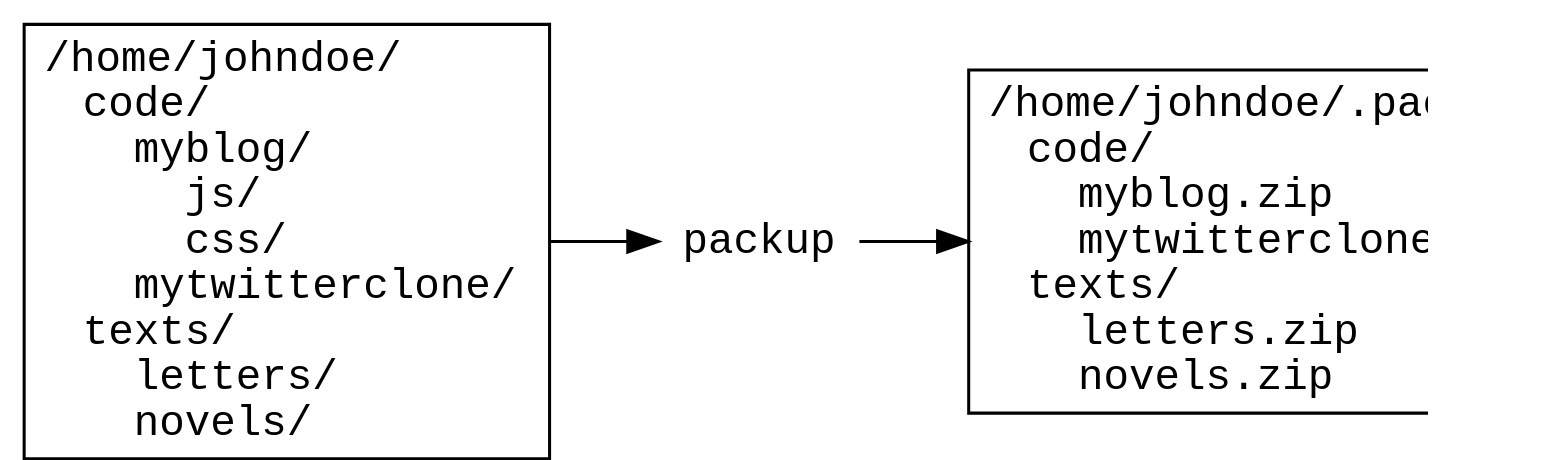
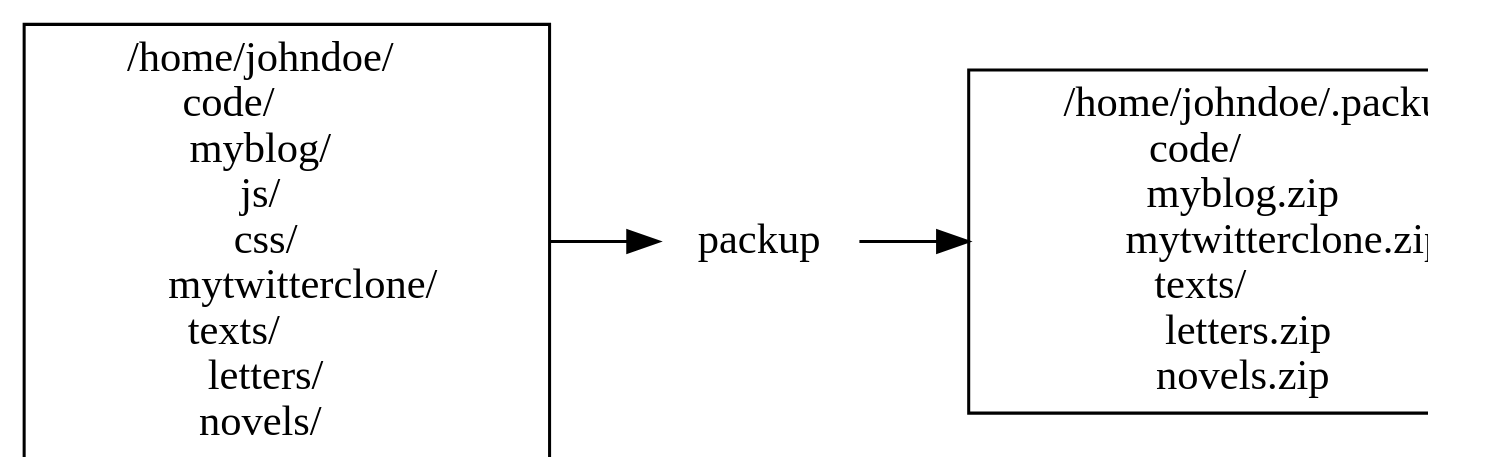
The diagram in img/scheme.dot (georgjaehnig/packup), drawn with Graphviz before and after one commit. The commit also changed 1 other file, not shown here.

Commit message:
Courier -> Inconsolata

```diff
--- a/img/scheme.dot
+++ b/img/scheme.dot
@@ -1,38 +1,38 @@
 digraph test123 {
 	graph [
  		dpi = 100 
   ]
 	source -> packup -> target;
 	source [
 		label="/home/johndoe/     
   code/            
     myblog/        
       js/          
       css/         
     mytwitterclone/
   texts/           
     letters/       
     novels/        
 ",
-		fontname="Courier",
+		fontname="Inconsolata",
 		shape=rectangle
 	];
 	packup [
 		label="packup",
-		fontname="Courier",
+		fontname="Inconsolata",
 		shape=none
 	];
 	target [
 		label="/home/johndoe/.packup/
   code/               
     myblog.zip        
     mytwitterclone.zip
   texts/              
     letters.zip       
     novels.zip        
 ",
-		fontname="Courier",
+		fontname="Inconsolata",
 		shape=rectangle
 	];
 	rankdir=LR;
 }
```
